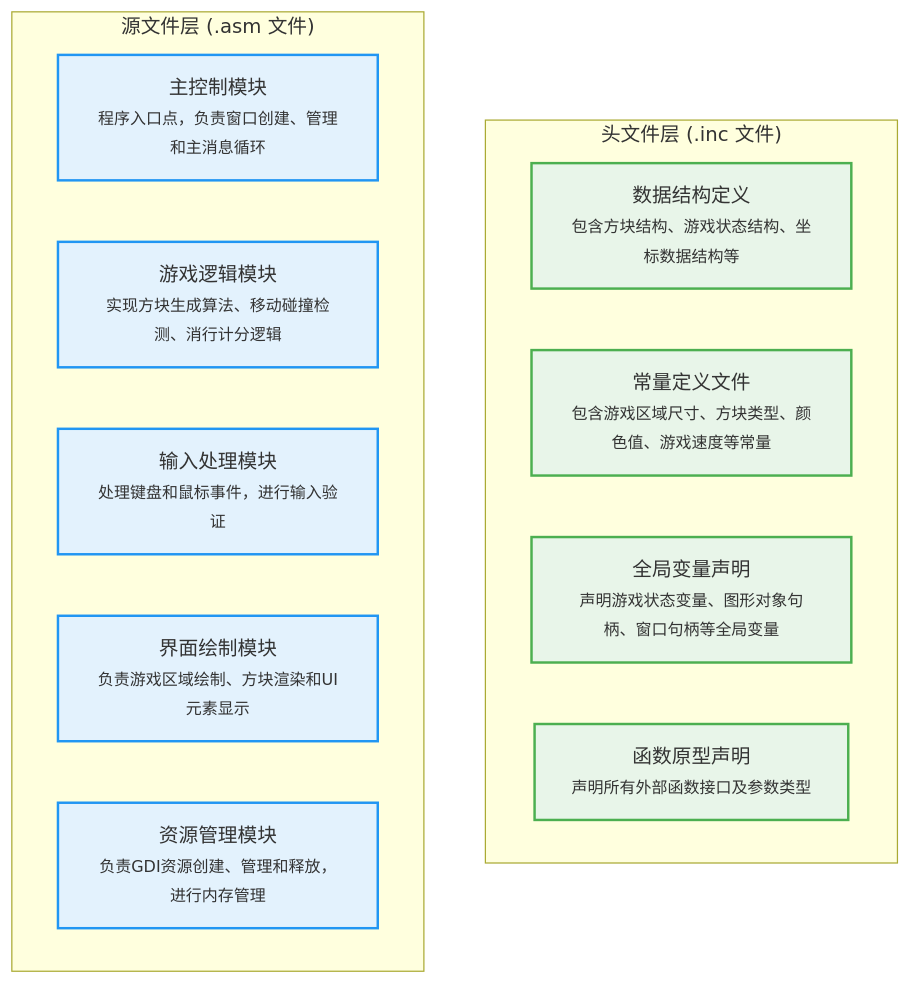
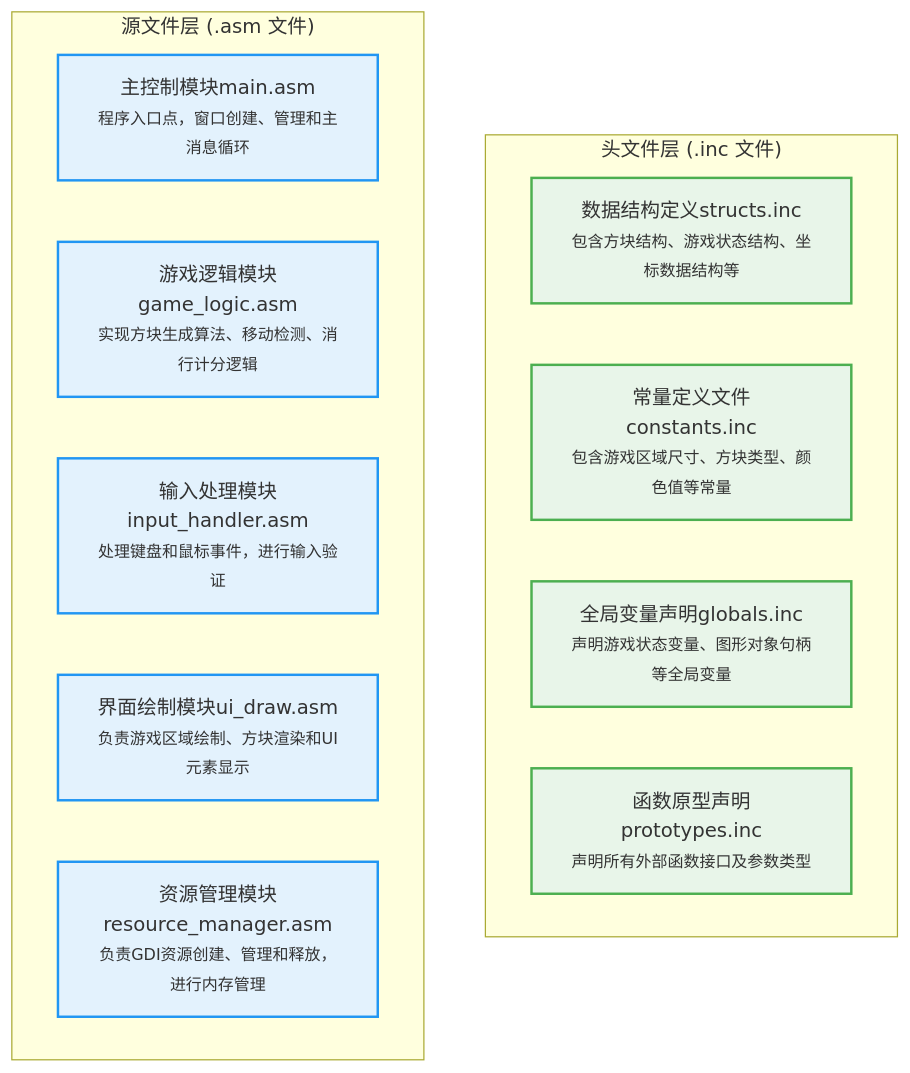
Before and after one commit to Keyword23333/-BIT-CS-Assembly-: the diagram in Lab1/lab1.md, drawn with Mermaid.

Commit message:
Update file names in lab1.md diagram

````diff
--- a/Lab1/lab1.md
+++ b/Lab1/lab1.md
@@ -37,26 +37,26 @@
 ```mermaid
 graph TD
     subgraph "头文件层 (.inc 文件)"
         direction LR
-        A["数据结构定义<br/><font size=2>包含方块结构、游戏状态结构、坐标数据结构等</font>"]
-        B["常量定义文件<br/><font size=2>包含游戏区域尺寸、方块类型、颜色值、游戏速度等常量</font>"]
-        C["全局变量声明<br/><font size=2>声明游戏状态变量、图形对象句柄、窗口句柄等全局变量</font>"]
-        D["函数原型声明<br/><font size=2>声明所有外部函数接口及参数类型</font>"]
+        A["数据结构定义structs.inc<br/><font size=2>包含方块结构、游戏状态结构、坐标数据结构等</font>"]
+        B["常量定义文件constants.inc<br/><font size=2>包含游戏区域尺寸、方块类型、颜色值等常量</font>"]
+        C["全局变量声明globals.inc<br/><font size=2>声明游戏状态变量、图形对象句柄等全局变量</font>"]
+        D["函数原型声明prototypes.inc<br/><font size=2>声明所有外部函数接口及参数类型</font>"]
     end
     
     subgraph "源文件层 (.asm 文件)"
         direction LR
-        E["主控制模块<br/><font size=2>程序入口点，负责窗口创建、管理和主消息循环</font>"]
-        F["游戏逻辑模块<br/><font size=2>实现方块生成算法、移动碰撞检测、消行计分逻辑</font>"]
-        G["输入处理模块<br/><font size=2>处理键盘和鼠标事件，进行输入验证</font>"]
-        H["界面绘制模块<br/><font size=2>负责游戏区域绘制、方块渲染和UI元素显示</font>"]
-        I["资源管理模块<br/><font size=2>负责GDI资源创建、管理和释放，进行内存管理</font>"]
+        E["主控制模块main.asm<br/><font size=2>程序入口点，窗口创建、管理和主消息循环</font>"]
+        F["游戏逻辑模块game_logic.asm<br/><font size=2>实现方块生成算法、移动检测、消行计分逻辑</font>"]
+        G["输入处理模块input_handler.asm<br/><font size=2>处理键盘和鼠标事件，进行输入验证</font>"]
+        H["界面绘制模块ui_draw.asm<br/><font size=2>负责游戏区域绘制、方块渲染和UI元素显示</font>"]
+        I["资源管理模块resource_manager.asm<br/><font size=2>负责GDI资源创建、管理和释放，进行内存管理</font>"]
     end
     
     %% 样式设置
     classDef incFile fill:#e8f5e9,stroke:#4caf50,stroke-width:2px
     classDef asmFile fill:#e3f2fd,stroke:#2196f3,stroke-width:2px
     
     class A,B,C,D incFile
     class E,F,G,H,I asmFile
 ```
````
